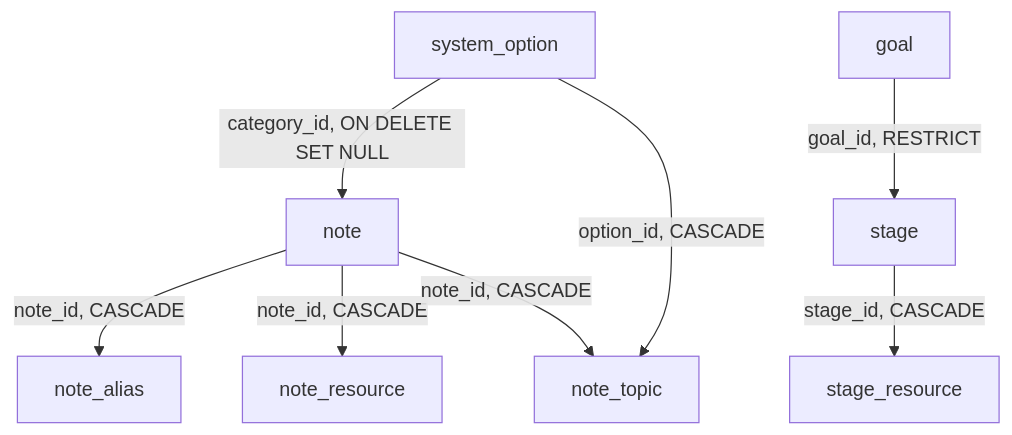
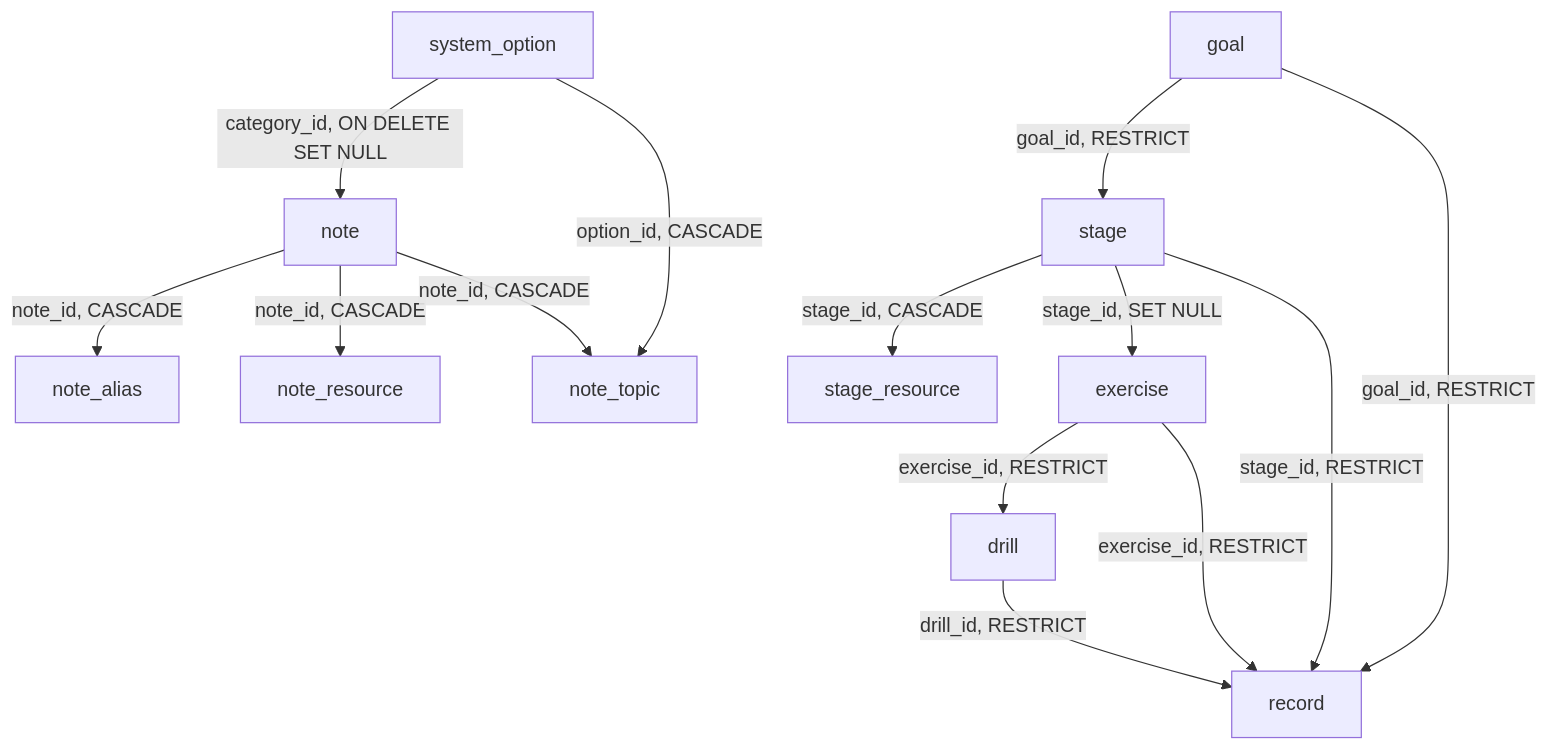
Before and after one commit to cg1618-apps/art: the diagram in docs/data-model.md, drawn with Mermaid. The commit also changed other lines of this file and 6 other files, not shown here.

First line of the commit message:
docs: Record and Exercise as built; spec removed

````diff
--- a/docs/data-model.md
+++ b/docs/data-model.md
@@ -22,10 +25,16 @@
 ```mermaid
 flowchart TD
     O["system_option"] -->|category_id, ON DELETE SET NULL| N["note"]
     N -->|note_id, CASCADE| A["note_alias"]
     N -->|note_id, CASCADE| R["note_resource"]
     N -->|note_id, CASCADE| T["note_topic"]
     O -->|option_id, CASCADE| T
     G["goal"] -->|goal_id, RESTRICT| S["stage"]
     S -->|stage_id, CASCADE| SR["stage_resource"]
+    S -->|stage_id, SET NULL| E["exercise"]
+    E -->|exercise_id, RESTRICT| D["drill"]
+    D -->|drill_id, RESTRICT| RC["record"]
+    E -->|exercise_id, RESTRICT| RC
+    S -->|stage_id, RESTRICT| RC
+    G -->|goal_id, RESTRICT| RC
 ```
````
